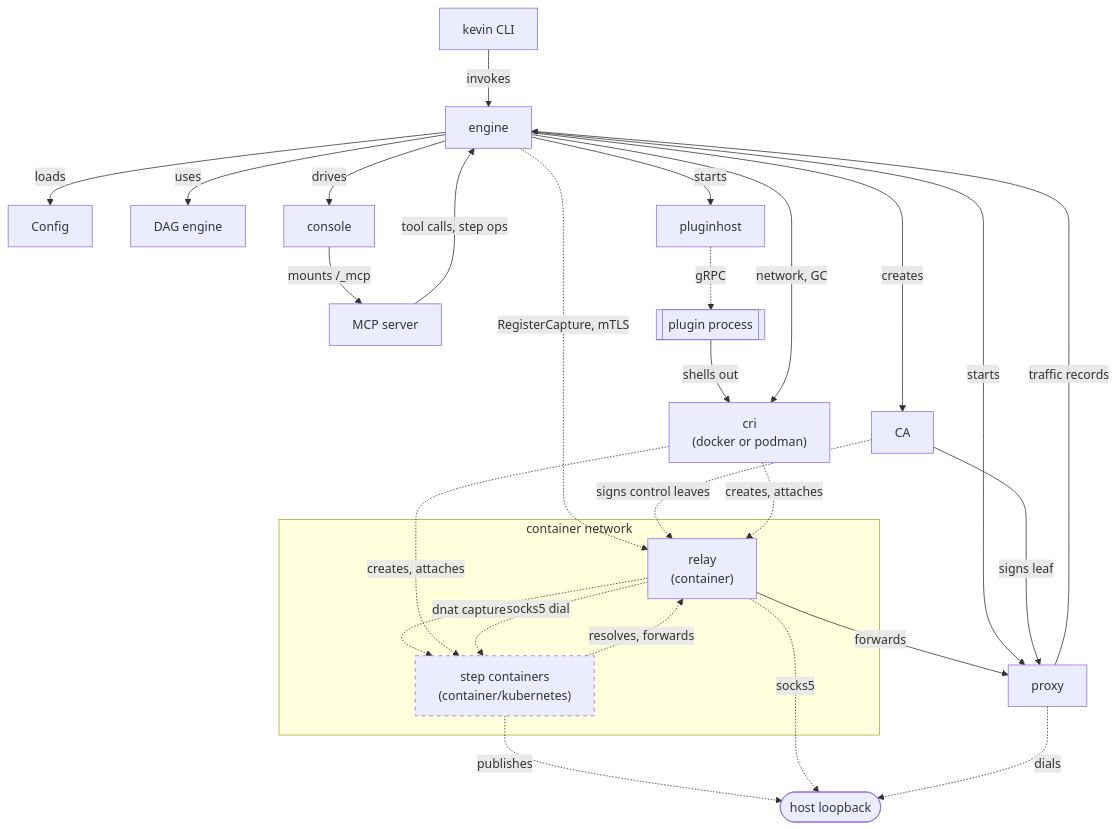
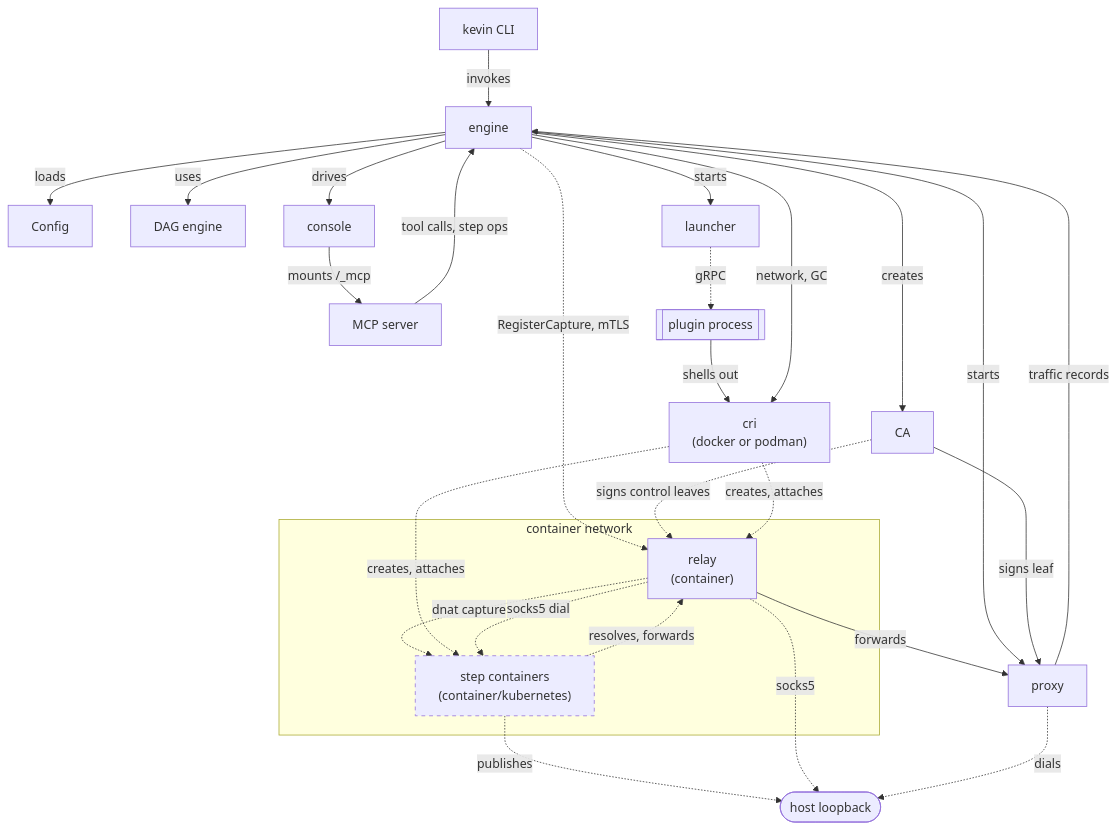
Before and after one commit to justenwalker/kevin: the diagram in docs/site/content/docs/concepts/architecture.md, drawn with Mermaid. The commit also changed 140 other files, not shown here.

````diff
--- a/docs/site/content/docs/concepts/architecture.md
+++ b/docs/site/content/docs/concepts/architecture.md
@@ -12,49 +12,49 @@
 ```mermaid
 graph TD
     CLI["kevin CLI"]
     ENG[engine]
     CFG["Config"]
     DAG["DAG engine"]
-    HOST[pluginhost]
+    HOST[launcher]
     CON[console]
     CA["CA"]
     MCPN[MCP server]
     PLUG[["plugin process"]]
     CRI["cri<br/>(docker or podman)"]
     PROXY[proxy]
     LOOP(["host loopback"])
 
     subgraph DOCKERNET["container network"]
         RELAY["relay<br/>(container)"]
         STEPC["step containers<br/>(container/kubernetes)"]
     end
 
     CLI -->|invokes| ENG
     ENG -->|loads| CFG
     ENG -->|uses| DAG
     ENG -->|starts| HOST
     ENG -->|drives| CON
     ENG -->|creates| CA
     CON -->|mounts /_mcp| MCPN
     MCPN -->|tool calls, step ops| ENG
     HOST -.gRPC.-> PLUG
     PLUG -->|shells out| CRI
     ENG -->|network, GC| CRI
     STEPC -.->|publishes| LOOP
     STEPC -.->|resolves, forwards| RELAY
     RELAY -.->|dnat capture| STEPC
     RELAY -.->|socks5| LOOP
     PROXY -.->|dials| LOOP
     RELAY -->|forwards| PROXY
     ENG -->|starts| PROXY
     ENG -.->|RegisterCapture, mTLS| RELAY
     CA -->|signs leaf| PROXY
     CA -.->|signs control leaves| RELAY
     CRI -.->|creates, attaches| RELAY
     CRI -.->|creates, attaches| STEPC
     RELAY -.->|socks5 dial| STEPC
     PROXY -->|traffic records| ENG
 
     classDef dashedNode stroke-dasharray: 5 5
     class STEPC dashedNode
 ```
````
